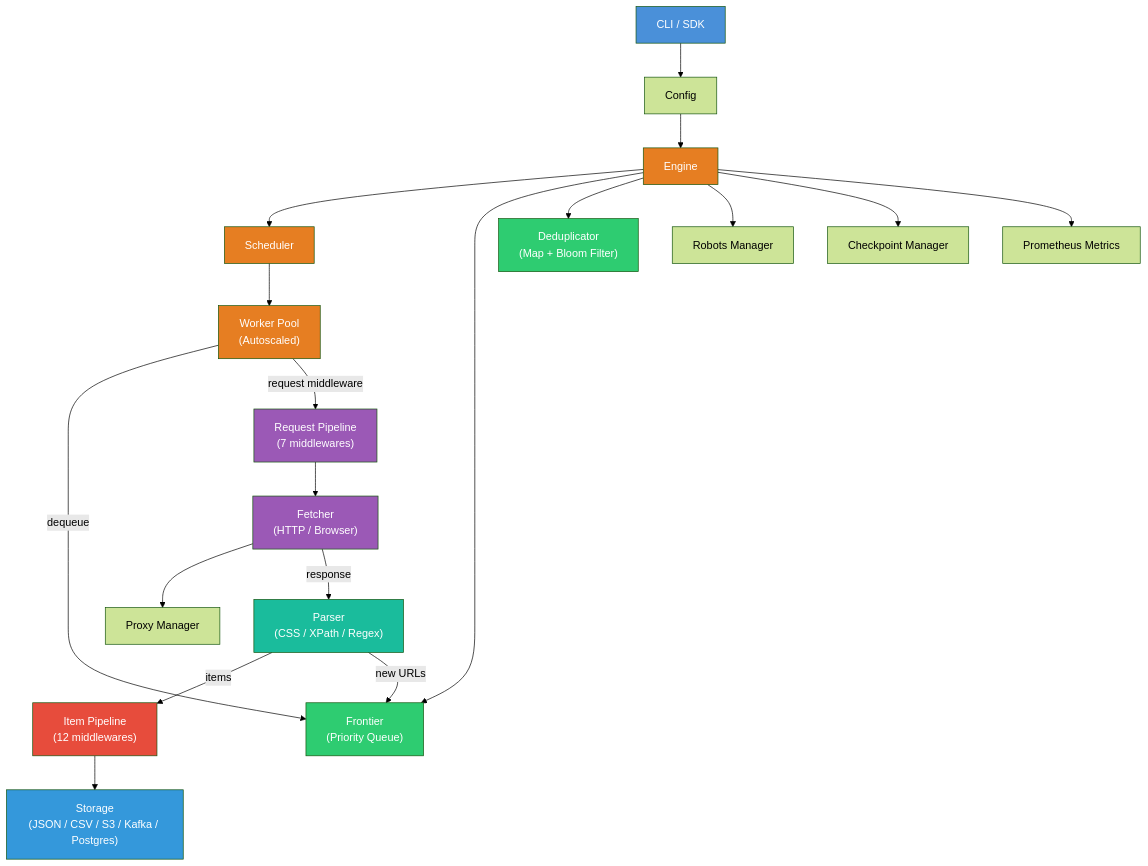
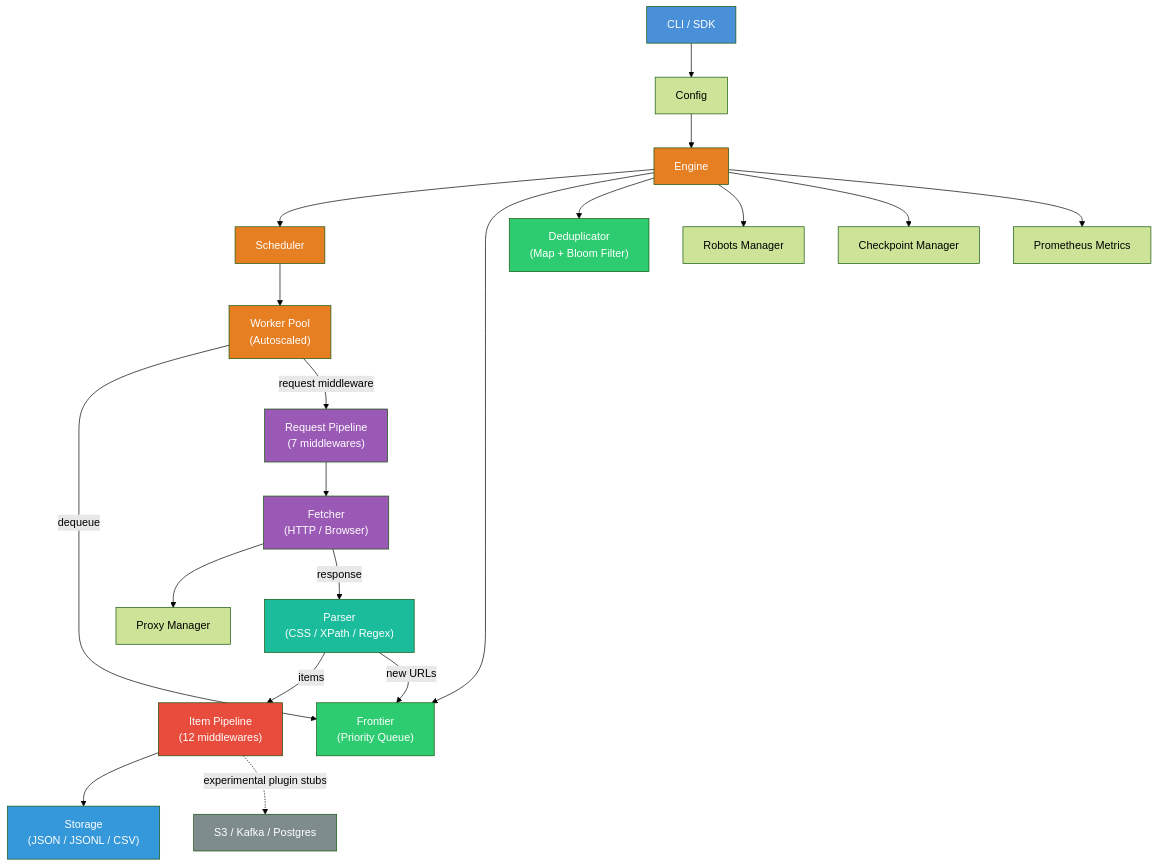
One commit to IshaanNene/ScrapeGoat changed the diagram in README.md. Above: the diagram before and after it, drawn with Mermaid (forest theme). The commit also changed other lines of this file and 29 other files, not shown here.

````diff
--- a/README.md
+++ b/README.md
@@ -67,32 +67,34 @@
 ```mermaid
 graph TD
     CLI["CLI / SDK"] --> CFG["Config"]
     CFG --> ENG["Engine"]
     ENG --> SCH["Scheduler"]
     ENG --> FRT["Frontier<br>(Priority Queue)"]
     ENG --> DDP["Deduplicator<br>(Map + Bloom Filter)"]
     ENG --> RBT["Robots Manager"]
     ENG --> CHK["Checkpoint Manager"]
     ENG --> MET["Prometheus Metrics"]
     SCH --> WRK["Worker Pool<br>(Autoscaled)"]
     WRK -->|"dequeue"| FRT
     WRK -->|"request middleware"| MID["Request Pipeline<br>(7 middlewares)"]
     MID --> FET["Fetcher<br>(HTTP / Browser)"]
     FET --> PXY["Proxy Manager"]
     FET -->|"response"| PAR["Parser<br>(CSS / XPath / Regex)"]
     PAR -->|"items"| PIP["Item Pipeline<br>(12 middlewares)"]
     PAR -->|"new URLs"| FRT
-    PIP --> STR["Storage<br>(JSON / CSV / S3 / Kafka / Postgres)"]
+    PIP --> STR["Storage<br>(JSON / JSONL / CSV)"]
+    PIP -. "experimental plugin stubs" .-> PLG["S3 / Kafka / Postgres"]
 
     style CLI fill:#4A90D9,color:#fff
     style ENG fill:#E67E22,color:#fff
     style SCH fill:#E67E22,color:#fff
     style WRK fill:#E67E22,color:#fff
     style FRT fill:#2ECC71,color:#fff
     style DDP fill:#2ECC71,color:#fff
     style MID fill:#9B59B6,color:#fff
     style FET fill:#9B59B6,color:#fff
     style PAR fill:#1ABC9C,color:#fff
     style PIP fill:#E74C3C,color:#fff
     style STR fill:#3498DB,color:#fff
+    style PLG fill:#7F8C8D,color:#fff
 ```
````
